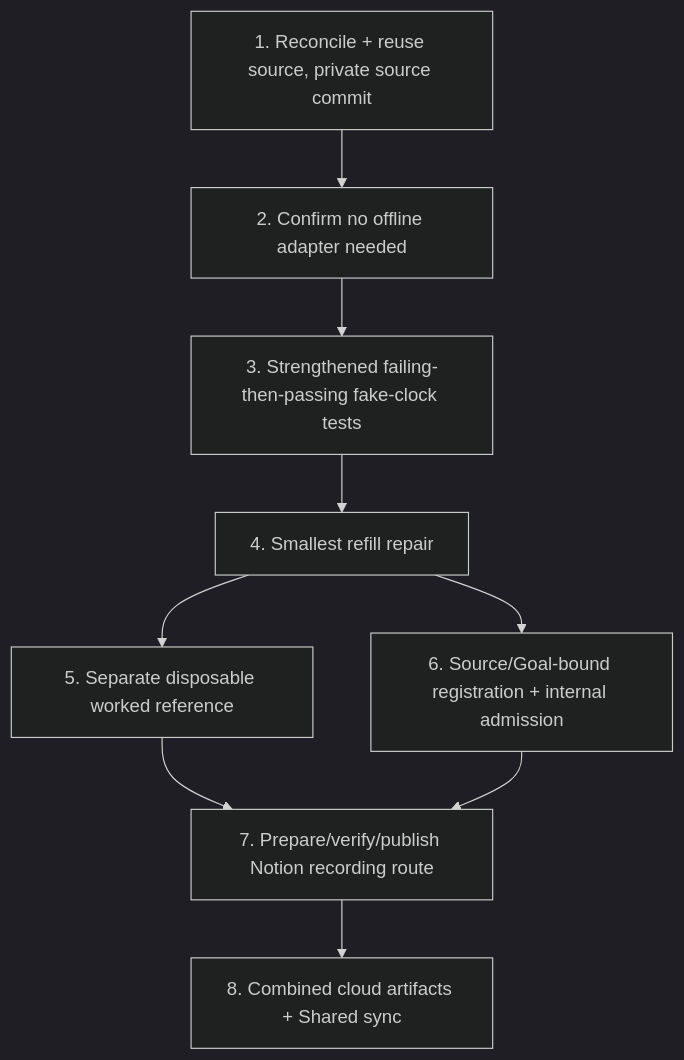
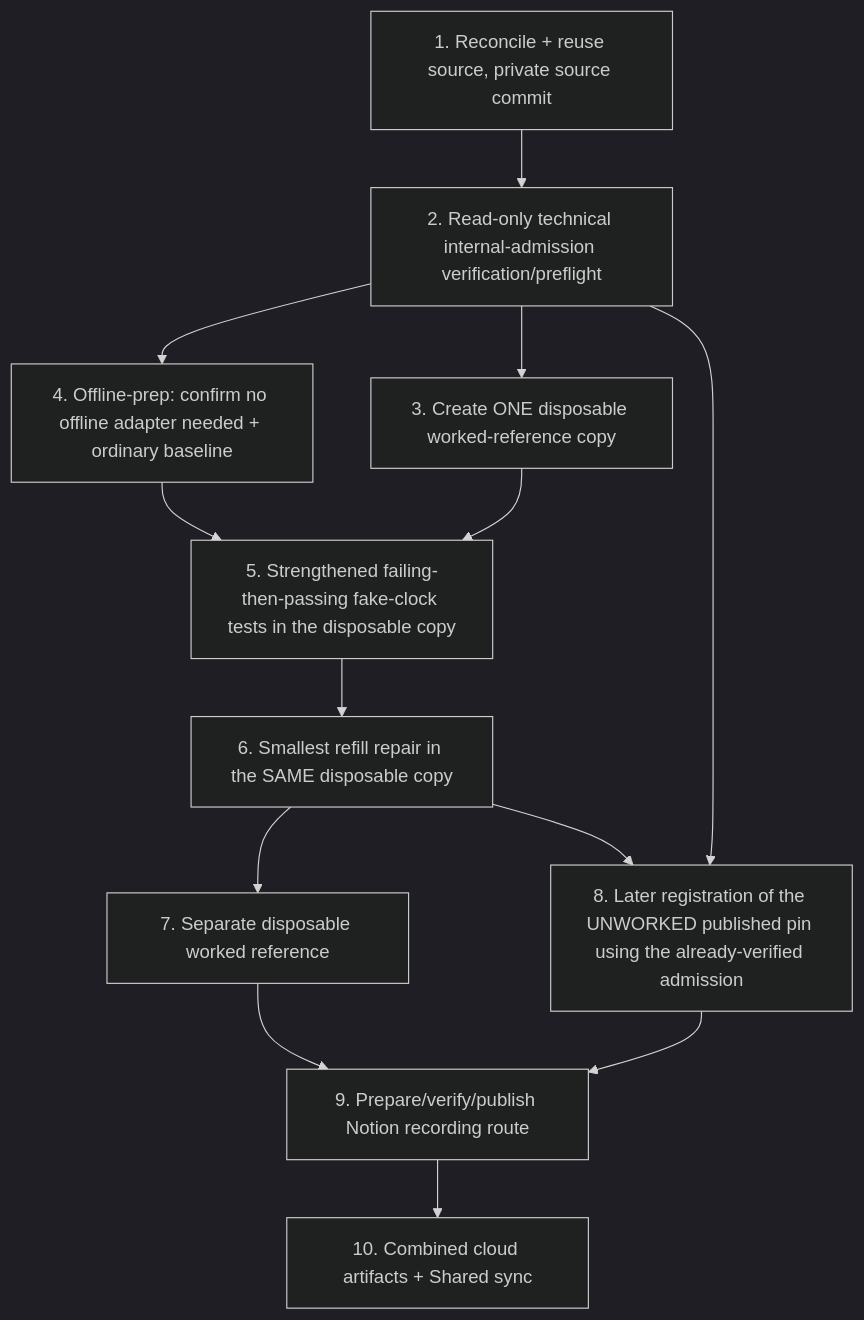
Before and after one commit to KyPython/ai-governance: the diagram in specs/odin-bootcamp/token-bucket-rate-limiter-burst-bug-fix/tasks.md, drawn with Mermaid (dark theme). The commit also changed other lines of this file and 37 other files, not shown here.

Commit message:
docs(worlds): resolve source-bound spec review findings

````diff
--- a/specs/odin-bootcamp/token-bucket-rate-limiter-burst-bug-fix/tasks.md
+++ b/specs/odin-bootcamp/token-bucket-rate-limiter-burst-bug-fix/tasks.md
@@ -9,11 +9,15 @@
 ```mermaid
 graph TD
-  T1[1. Reconcile + reuse source, private source commit] --> T2[2. Confirm no offline adapter needed]
-  T2 --> T3[3. Strengthened failing-then-passing fake-clock tests]
-  T3 --> T4[4. Smallest refill repair]
-  T4 --> T5[5. Separate disposable worked reference]
-  T4 --> T6[6. Source/Goal-bound registration + internal admission]
-  T5 --> T7[7. Prepare/verify/publish Notion recording route]
-  T6 --> T7
-  T7 --> T8[8. Combined cloud artifacts + Shared sync]
+  T1[1. Reconcile + reuse source, private source commit] --> T2[2. Read-only technical internal-admission verification/preflight]
+  T2 --> T4[4. Offline-prep: confirm no offline adapter needed + ordinary baseline]
+  T2 --> T3[3. Create ONE disposable worked-reference copy]
+  T4 --> T5[5. Strengthened failing-then-passing fake-clock tests in the disposable copy]
+  T3 --> T5
+  T5 --> T6[6. Smallest refill repair in the SAME disposable copy]
+  T6 --> T7[7. Separate disposable worked reference]
+  T2 --> T8[8. Later registration of the UNWORKED published pin using the already-verified admission]
+  T6 --> T8
+  T7 --> T9[9. Prepare/verify/publish Notion recording route]
+  T8 --> T9
+  T9 --> T10[10. Combined cloud artifacts + Shared sync]
 ```
````
